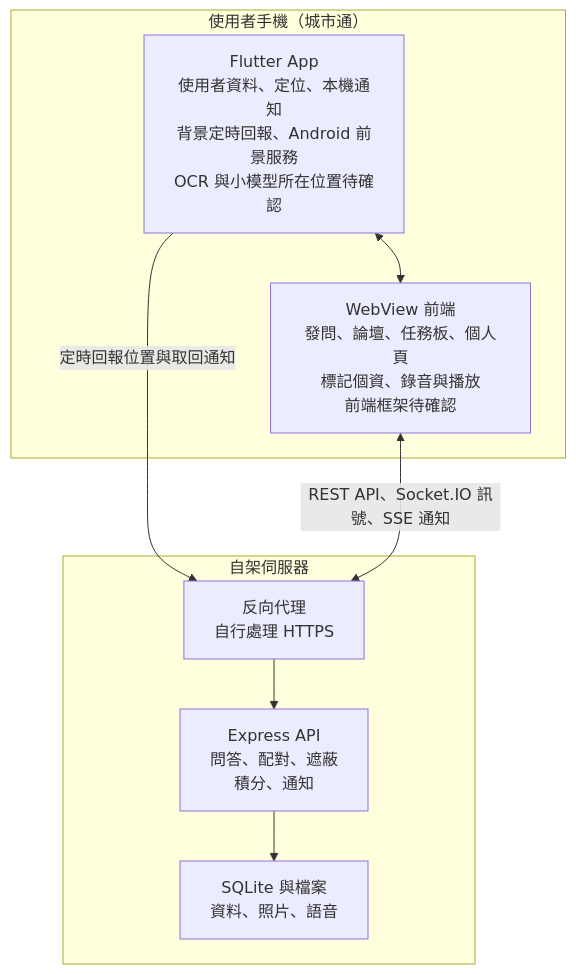
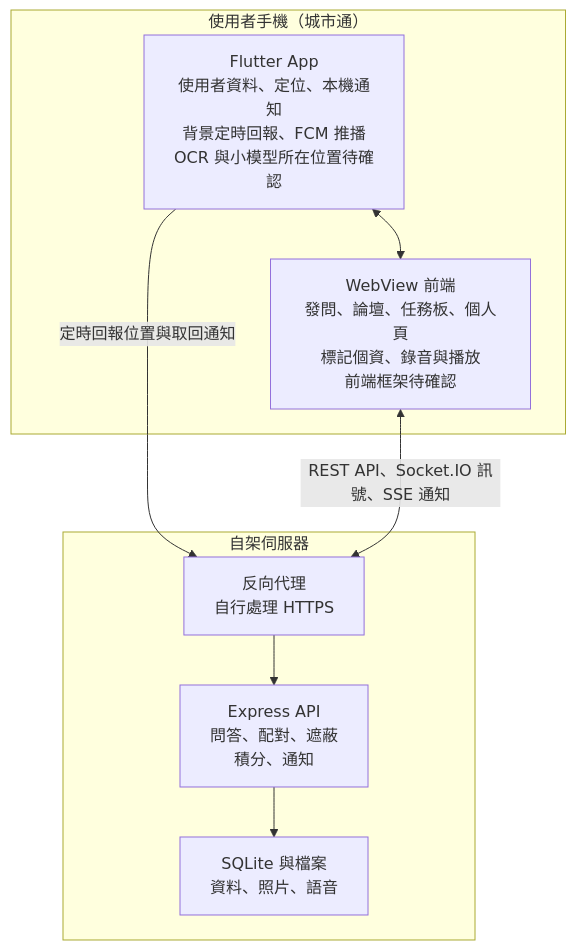
Before and after one commit to mcg25035/2026-taipei-codefest-nov-backend: the diagram in docs/architecture-discussion.md, drawn with Mermaid. The commit also changed other lines of this file and 45 other files, not shown here.

````diff
--- a/docs/architecture-discussion.md
+++ b/docs/architecture-discussion.md
@@ -44,16 +44,16 @@
 ```mermaid
 flowchart TB
   subgraph phone["使用者手機（城市通）"]
-    flutter["Flutter App<br/>使用者資料、定位、本機通知<br/>背景定時回報、Android 前景服務<br/>OCR 與小模型所在位置待確認"]
+    flutter["Flutter App<br/>使用者資料、定位、本機通知<br/>背景定時回報、FCM 推播<br/>OCR 與小模型所在位置待確認"]
     web["WebView 前端<br/>發問、論壇、任務板、個人頁<br/>標記個資、錄音與播放<br/>前端框架待確認"]
     flutter <--> web
   end
   subgraph server["自架伺服器"]
     caddy["反向代理<br/>自行處理 HTTPS"]
     api["Express API<br/>問答、配對、遮蔽<br/>積分、通知"]
     store["SQLite 與檔案<br/>資料、照片、語音"]
     caddy --> api --> store
   end
   flutter -->|定時回報位置與取回通知| caddy
   web <-->|REST API、Socket.IO 訊號、SSE 通知| caddy
 ```
````
